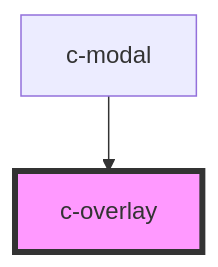
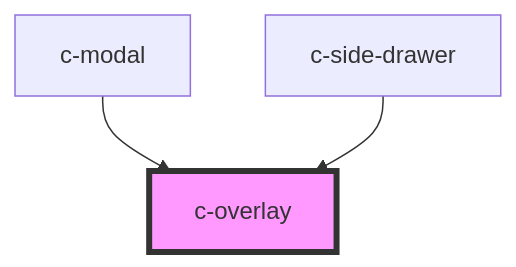
The diagram in src/scripts/components/overlay/readme.md (kickstand-ui/kickstand-ui), drawn with Mermaid before and after one commit. The commit also changed other lines of this file and 1 other file, not shown here.

Commit message:
Reset focusIndex on close

````diff
--- a/src/scripts/components/overlay/readme.md
+++ b/src/scripts/components/overlay/readme.md
@@ -48,5 +49,6 @@
 ```mermaid
 graph TD;
   c-modal --> c-overlay
+  c-side-drawer --> c-overlay
   style c-overlay fill:#f9f,stroke:#333,stroke-width:4px
 ```
````
